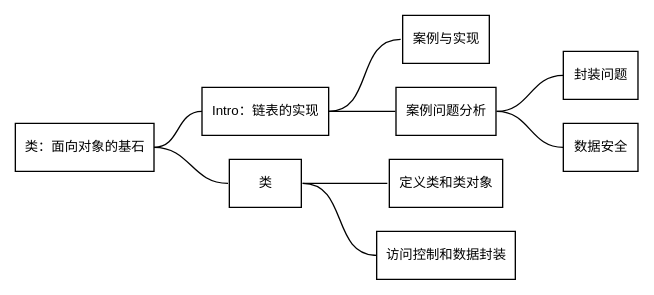
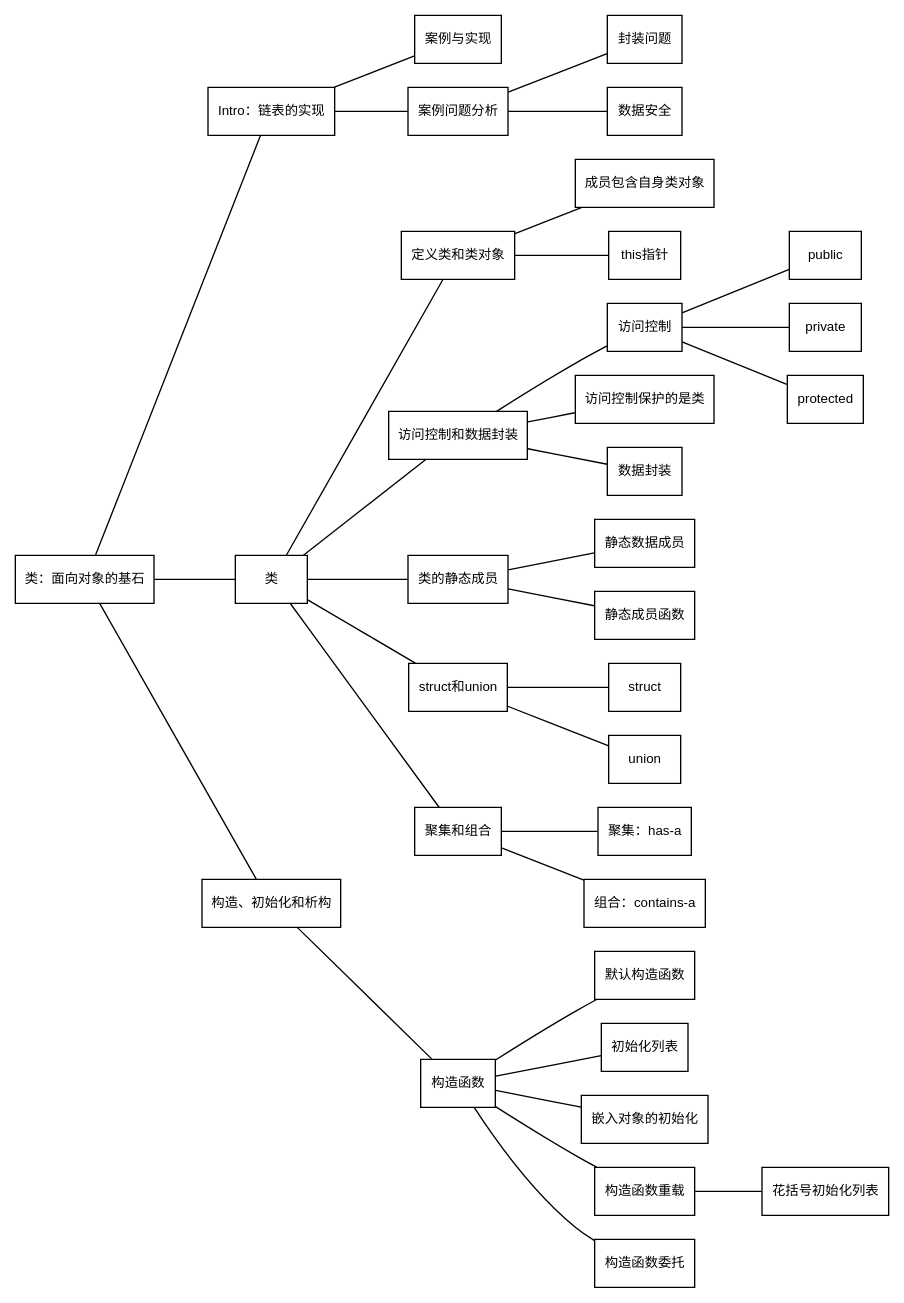
The diagram in docs/ReadingNotes/cpp_modern_approach/img/class.dot (InzamZ/Notes_Public), drawn with Graphviz before and after one commit. The commit also changed 1 other file, not shown here.

Commit message:
docs(C++程序设计现代方法): 更新第三章思维导图

```diff
--- a/docs/ReadingNotes/cpp_modern_approach/img/class.dot
+++ b/docs/ReadingNotes/cpp_modern_approach/img/class.dot
@@ -1,25 +1,75 @@
 graph g {
     fontname="Helvetica,Arial,sans-serif"
     node [fontname="Helvetica,Arial,sans-serif"]
     edge [fontname="Helvetica,Arial,sans-serif"]
     rankdir="LR"
     node [fontsize=10, shape=box, height=0.5]
-    edge [arrowhead=none, weight=50,headport="w",tailport="e",constraint=true,weight=1000]
+    edge [arrowhead=none, weight=50,constraint=true,weight=1000]
     "title" [ label="类：面向对象的基石" ]
     "title1" [ label="Intro：链表的实现" ]
     "title1.1" [ label="案例与实现" ]
     "title1.2" [ label="案例问题分析" ]
     "note1.2.1" [ label="封装问题" ]
     "note1.2.2" [ label="数据安全" ]
     "title1.2" -- "note1.2.1"
     "title1.2" -- "note1.2.2" 
     "title1" -- "title1.1"
     "title1" -- "title1.2"
     "title" -- "title1" 
     "title2" [ label="类" ]
     "title" -- "title2"
     "title2.1" [ label="定义类和类对象" ]
+    "note2.1.1" [ label="成员包含自身类对象" ]
+    "note2.1.2" [ label="this指针" ]
+    "title2.1" -- "note2.1.1"
+    "title2.1" -- "note2.1.2"
     "title2.2" [ label="访问控制和数据封装" ]
+    "note2.2.1" [ label="访问控制" ]
+    "note2.2.1.1" [ label="public" ]
+    "note2.2.1.2" [ label="private" ]
+    "note2.2.1.3" [ label="protected" ]
+    "note2.2.1" -- "note2.2.1.1"
+    "note2.2.1" -- "note2.2.1.2"
+    "note2.2.1" -- "note2.2.1.3"
+    "note2.2.2" [ label="访问控制保护的是类" ]
+    "note2.2.3" [ label="数据封装" ]
     "title2" -- "title2.1"
     "title2" -- "title2.2"
+    "title2.2" -- "note2.2.1"
+    "title2.2" -- "note2.2.2"
+    "title2.2" -- "note2.2.3"
+    "title2.3" [ label="类的静态成员" ]
+    "note2.3.1" [ label="静态数据成员" ]
+    "note2.3.2" [ label="静态成员函数" ]
+    "title2" -- "title2.3"
+    "title2.3" -- "note2.3.1"
+    "title2.3" -- "note2.3.2"
+    "title2.4" [ label="struct和union" ]
+    "note2.4.1" [ label="struct" ]
+    "note2.4.2" [ label="union" ]
+    "title2" -- "title2.4"
+    "title2.4" -- "note2.4.1"
+    "title2.4" -- "note2.4.2"
+    "title2.5" [ label="聚集和组合" ]
+    "note2.5.1" [ label="聚集：has-a" ]
+    "note2.5.2" [ label="组合：contains-a" ]
+    "title2" -- "title2.5"
+    "title2.5" -- "note2.5.1"
+    "title2.5" -- "note2.5.2"
+    "title3" [ label="构造、初始化和析构" ]
+    "title" -- "title3"
+    "title3.1" [ label="构造函数" ]
+    "note3.1.1" [ label="默认构造函数" ]
+    "note3.1.2" [ label="初始化列表" ]
+    "note3.1.3" [ label="嵌入对象的初始化" ]
+    "note3.1.4" [ label="构造函数重载" ]
+    "note3.1.4.1" [ label="花括号初始化列表" ]
+    "note3.1.4" -- "note3.1.4.1"
+    "note3.1.5" [ label="构造函数委托" ]
+    "title3" -- "title3.1"
+    "title3.1" -- "note3.1.1"
+    "title3.1" -- "note3.1.2"
+    "title3.1" -- "note3.1.3"
+    "title3.1" -- "note3.1.4"
+    "title3.1" -- "note3.1.5"
 }
```
